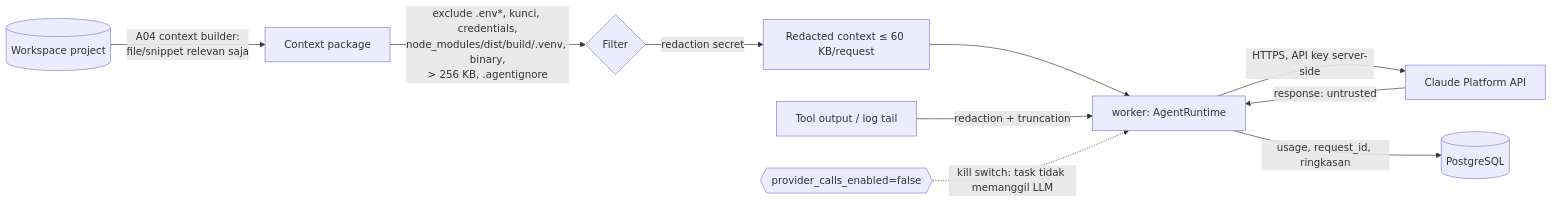
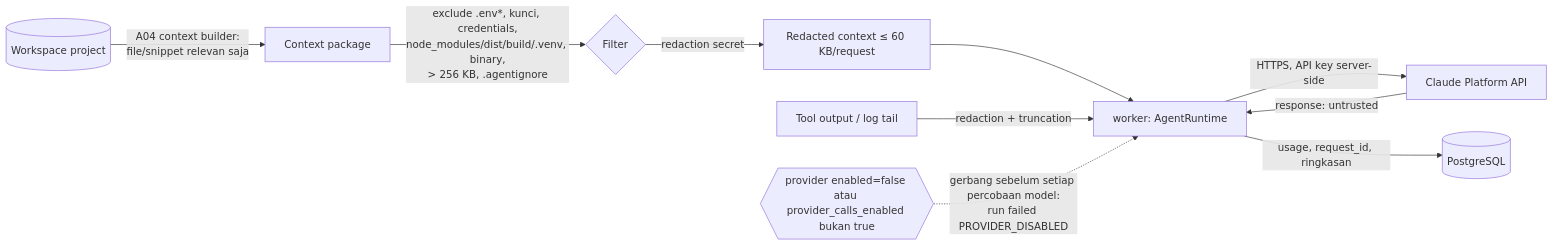
The diagram in docs/SECURITY_MODEL.md (YosiaGalih/IDEE-Application), drawn with Mermaid before and after one commit. The commit also changed other lines of this file and 6 other files, not shown here.

````diff
--- a/docs/SECURITY_MODEL.md
+++ b/docs/SECURITY_MODEL.md
@@ -141,12 +141,12 @@
 ```mermaid
 flowchart LR
   WS[(Workspace project)] -->|A04 context builder:\nfile/snippet relevan saja| CB[Context package]
   CB -->|exclude .env*, kunci, credentials,\nnode_modules/dist/build/.venv, binary,\n> 256 KB, .agentignore| F{Filter}
   F -->|redaction secret| R[Redacted context ≤ 60 KB/request]
   R --> W[worker: AgentRuntime]
   TO[Tool output / log tail] -->|redaction + truncation| W
   W -->|HTTPS, API key server-side| CP[Claude Platform API]
   CP -->|response: untrusted| W
   W -->|usage, request_id, ringkasan| DB[(PostgreSQL)]
-  K{{provider_calls_enabled=false}} -.->|kill switch: task tidak memanggil LLM| W
+  K{{"provider enabled=false atau provider_calls_enabled bukan true"}} -.->|gerbang sebelum setiap percobaan model:\nrun failed PROVIDER_DISABLED| W
 ```
````
